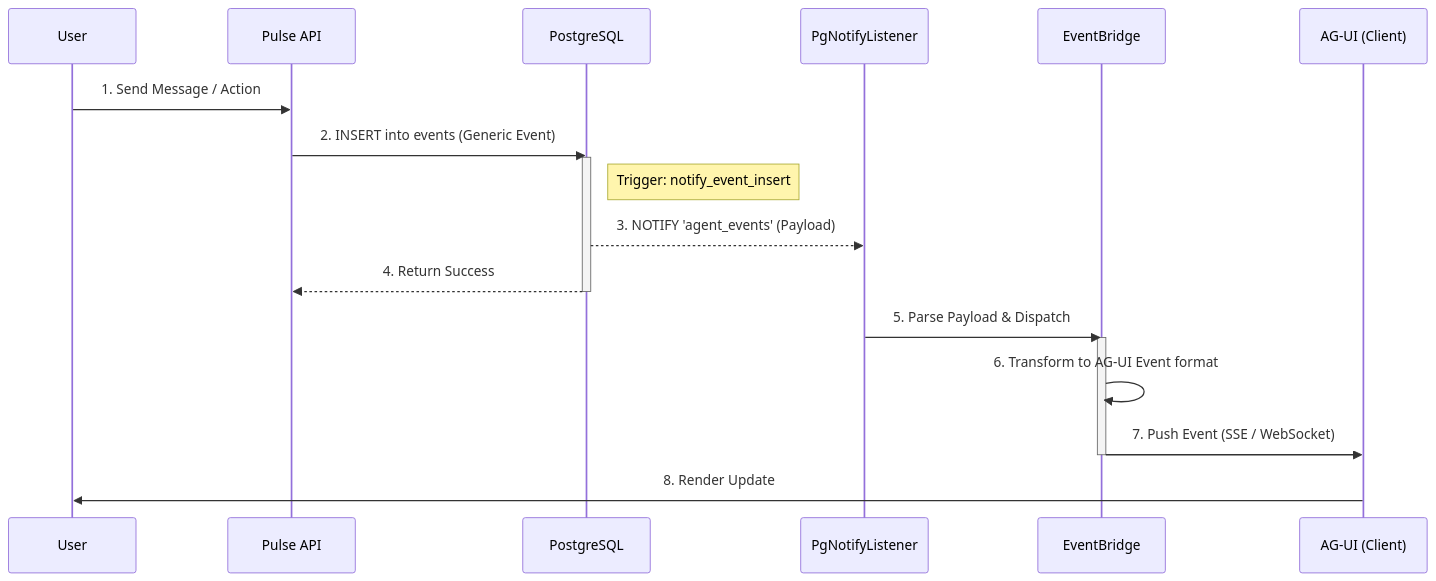
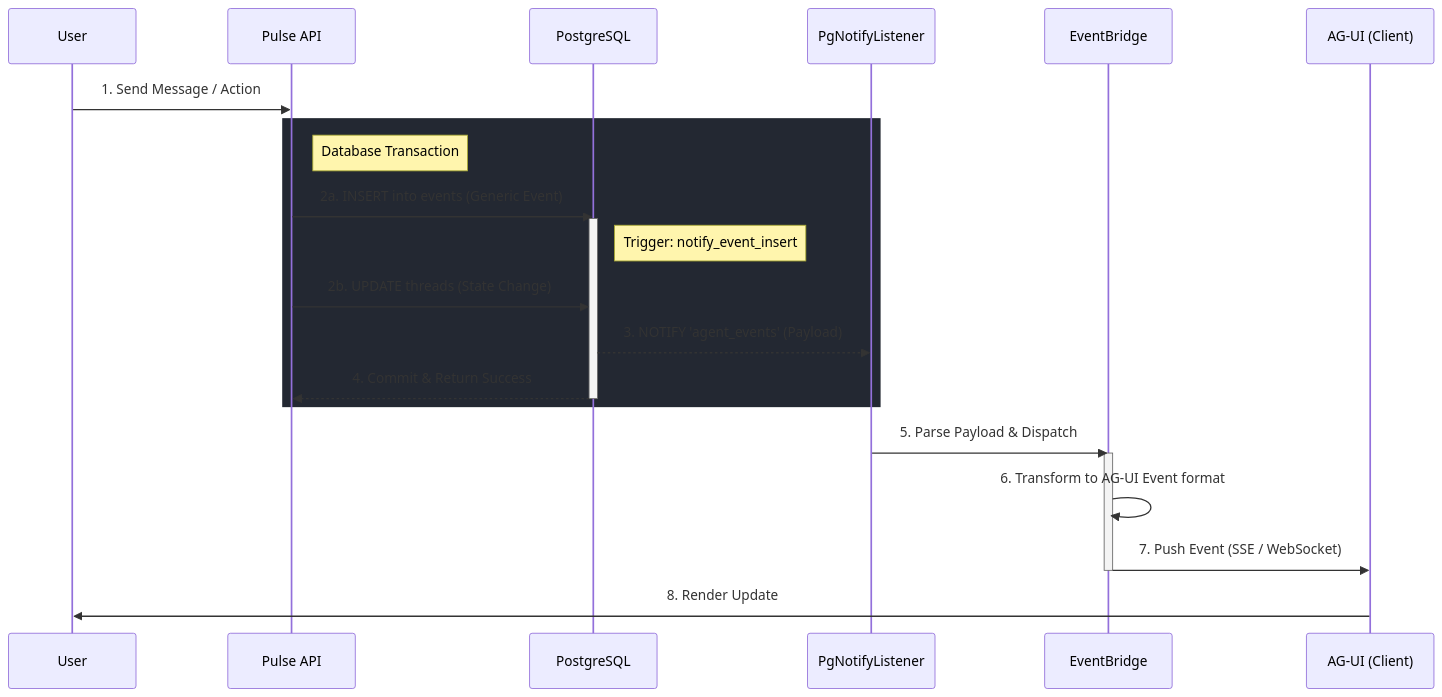
One commit to ThreeFish-AI/agentic-ai-cognizes changed the sixth of 7 diagrams in docs/engine/010-the-pulse.md. Above: the diagram before and after it, drawn with Mermaid. The commit also changed other lines of this file, not shown here.

````diff
--- a/docs/engine/010-the-pulse.md
+++ b/docs/engine/010-the-pulse.md
@@ -494,25 +511,30 @@
 ```mermaid
 sequenceDiagram
     participant User
     participant API as Pulse API
     participant DB as PostgreSQL
     participant L as PgNotifyListener
     participant B as EventBridge
     participant UI as AG-UI (Client)
 
     User->>API: 1. Send Message / Action
-    API->>DB: 2. INSERT into events (Generic Event)
-    activate DB
-    Note right of DB: Trigger: notify_event_insert
-    DB-->>L: 3. NOTIFY 'agent_events' (Payload)
-    DB-->>API: 4. Return Success
-    deactivate DB
+
+    rect rgb(35, 40, 50)
+        note right of API: Database Transaction
+        API->>DB: 2a. INSERT into events (Generic Event)
+        activate DB
+        Note right of DB: Trigger: notify_event_insert
+        API->>DB: 2b. UPDATE threads (State Change)
+        DB-->>L: 3. NOTIFY 'agent_events' (Payload)
+        DB-->>API: 4. Commit & Return Success
+        deactivate DB
+    end
 
     L->>B: 5. Parse Payload & Dispatch
     activate B
     B->>B: 6. Transform to AG-UI Event format
     B->>UI: 7. Push Event (SSE / WebSocket)
     deactivate B
 
     UI->>User: 8. Render Update
 ```
````
